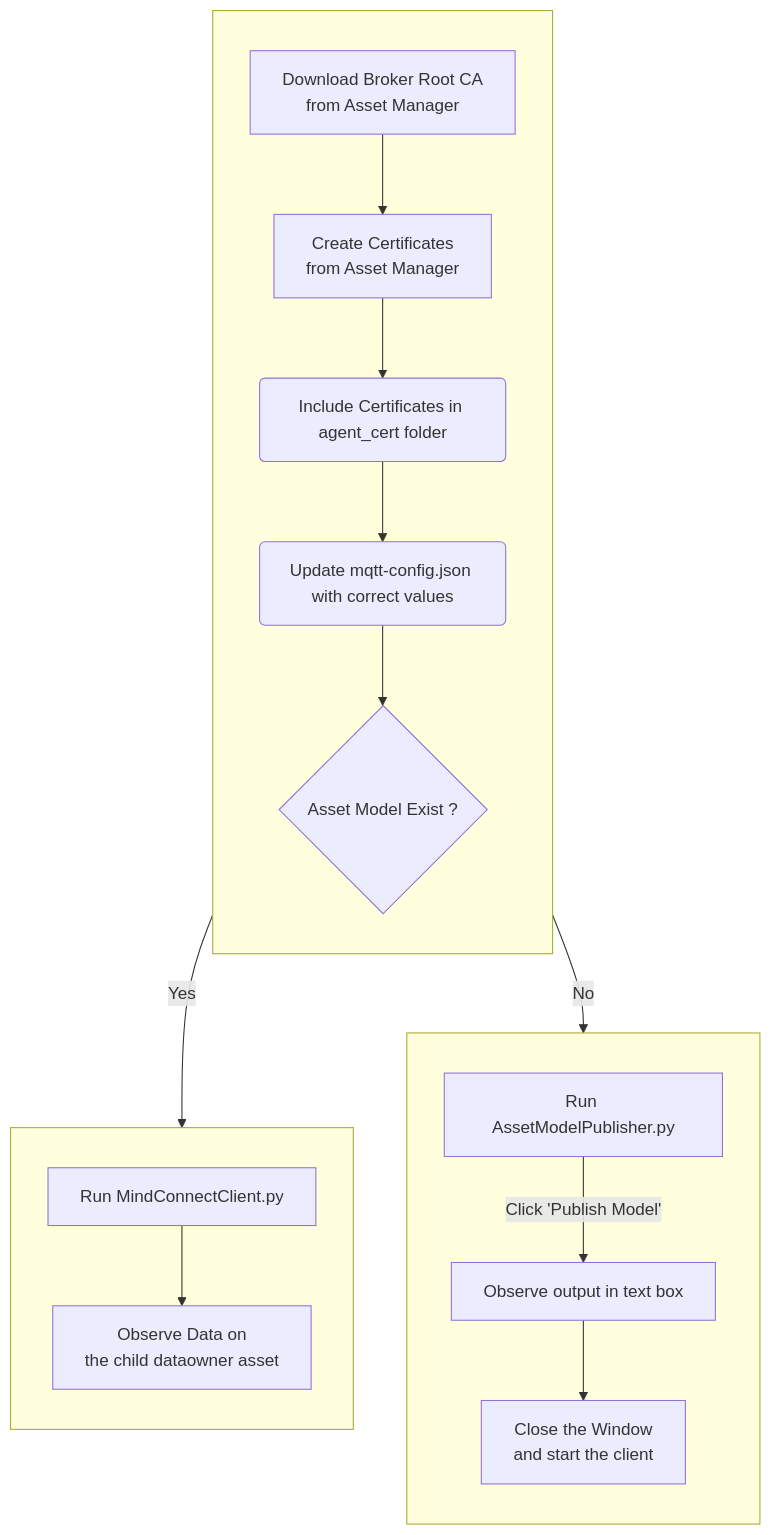
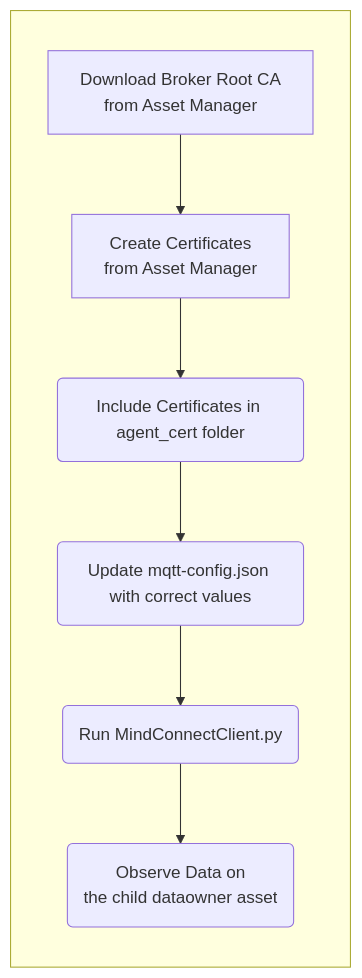
Before and after one commit to mindsphere/mindconnect-mqtt: the diagram in README.md, drawn with Mermaid. The commit also changed other lines of this file and 18 other files, not shown here.

````diff
--- a/README.md
+++ b/README.md
@@ -16,23 +16,12 @@
 ```mermaid
 flowchart TD
     subgraph Z[" "]
     direction TB
     J[Download Broker Root CA\nfrom Asset Manager] -->A
     A[Create Certificates \nfrom Asset Manager] -->B(Include Certificates in agent_cert folder)
     B --> C(Update mqtt-config.json with correct values)
-    C--> D{Asset Model Exist ?}
-    end
-    subgraph X[" "]
-    direction TB
-    D -->|No| E[Run AssetModelPublisher.py]
-    E -->|Click 'Publish Model'| G[Observe output in text box]
-    G --> H[Close the Window \n and start the client]
-    
-    end
-    subgraph Y[" "]
-    direction TB
-    D -->|Yes| F[Run MindConnectClient.py]
-    F --> I[Observe Data on \nthe child dataowner asset]
+    C--> D(Run MindConnectClient.py)
+	D --> E(Observe Data on \nthe child dataowner asset)
     end
     
 ```
````
